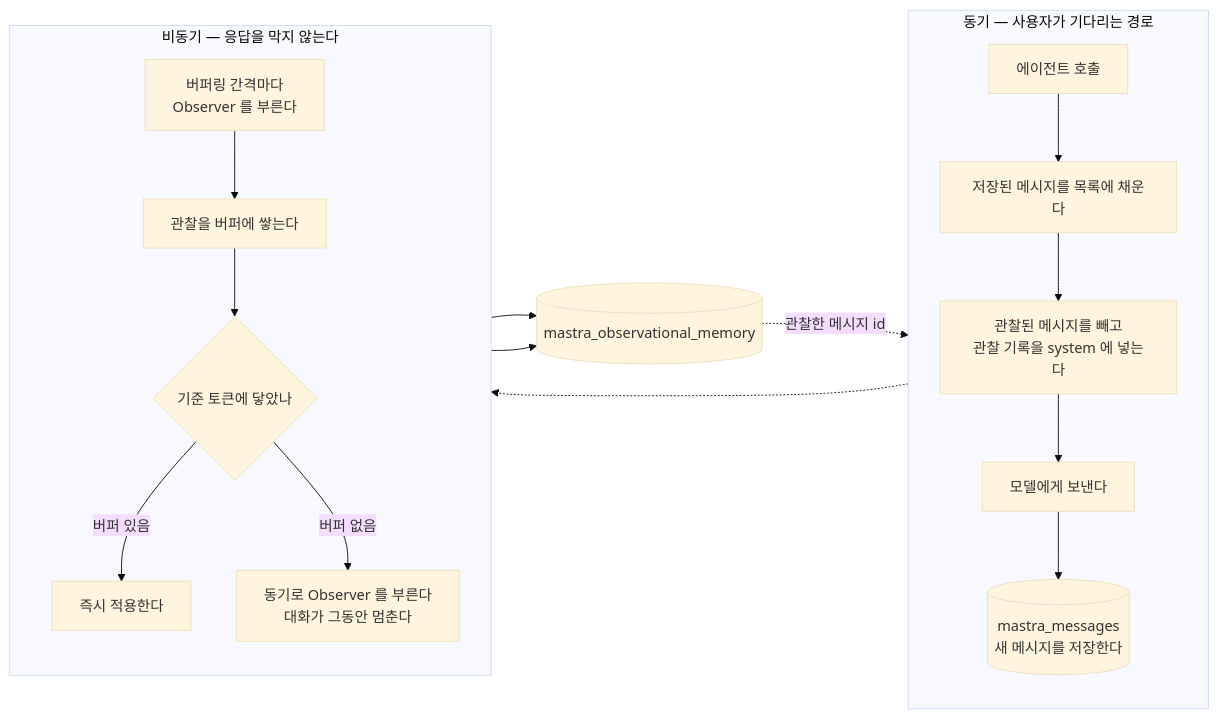
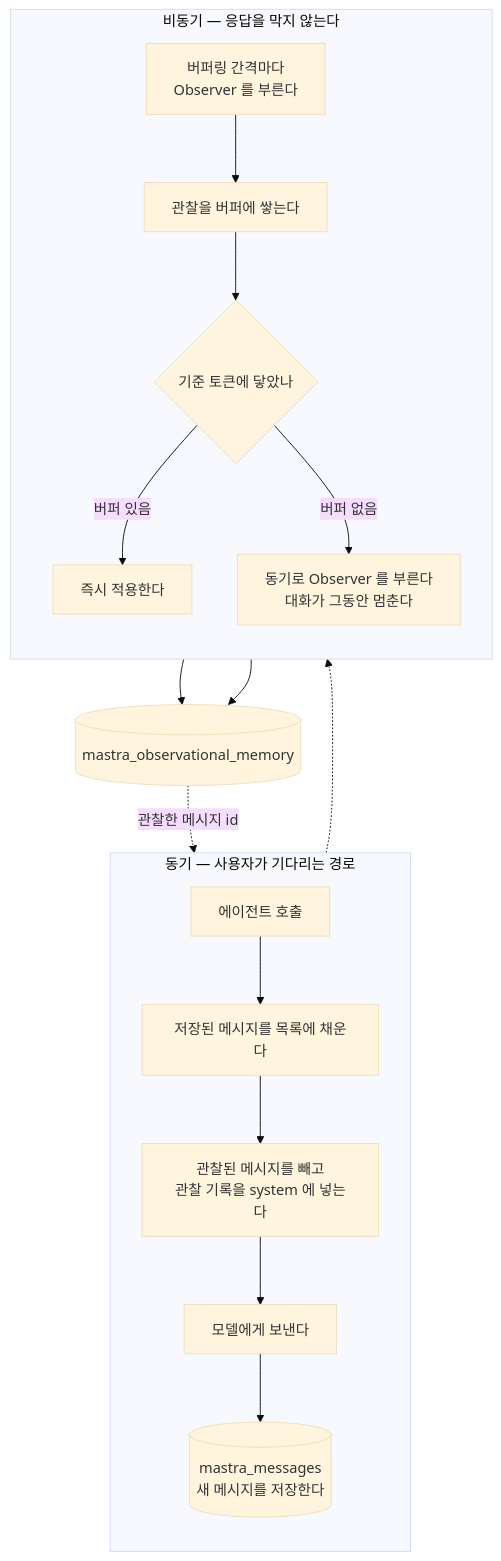
The fourth of 4 diagrams in docs/memory.md (hoyunjung-dwhale/mastra-playground), drawn with Mermaid (base theme) before and after one commit.

Commit message:
Memory 3-3 다이어그램 방향 수정: 가로에서 세로로
노드가 다섯을 넘으면 세로로 그린다는 작성 기준을 따른다. 가로로 두면 글자가
작아져 읽기 어렵다.

````diff
--- a/docs/memory.md
+++ b/docs/memory.md
@@ -597,22 +597,22 @@
 ```mermaid
-flowchart LR
+flowchart TB
     subgraph SYNC["동기 — 사용자가 기다리는 경로"]
         direction TB
         A1["에이전트 호출"] --> A2["저장된 메시지를 목록에 채운다"]
         A2 --> A3["관찰된 메시지를 빼고<br/>관찰 기록을 system 에 넣는다"]
         A3 --> A4["모델에게 보낸다"]
         A4 --> A5[("mastra_messages<br/>새 메시지를 저장한다")]
     end
     subgraph ASYNC["비동기 — 응답을 막지 않는다"]
         direction TB
         B1["버퍼링 간격마다<br/>Observer 를 부른다"] --> B2["관찰을 버퍼에 쌓는다"]
         B2 --> B3{"기준 토큰에 닿았나"}
         B3 -- "버퍼 있음" --> B4["즉시 적용한다"]
         B3 -- "버퍼 없음" --> B5["동기로 Observer 를 부른다<br/>대화가 그동안 멈춘다"]
     end
     OM[("mastra_observational_memory")]
     B4 --> OM
     B5 --> OM
     OM -. "관찰한 메시지 id" .-> A3
     A1 -.-> B1
 ```
````
